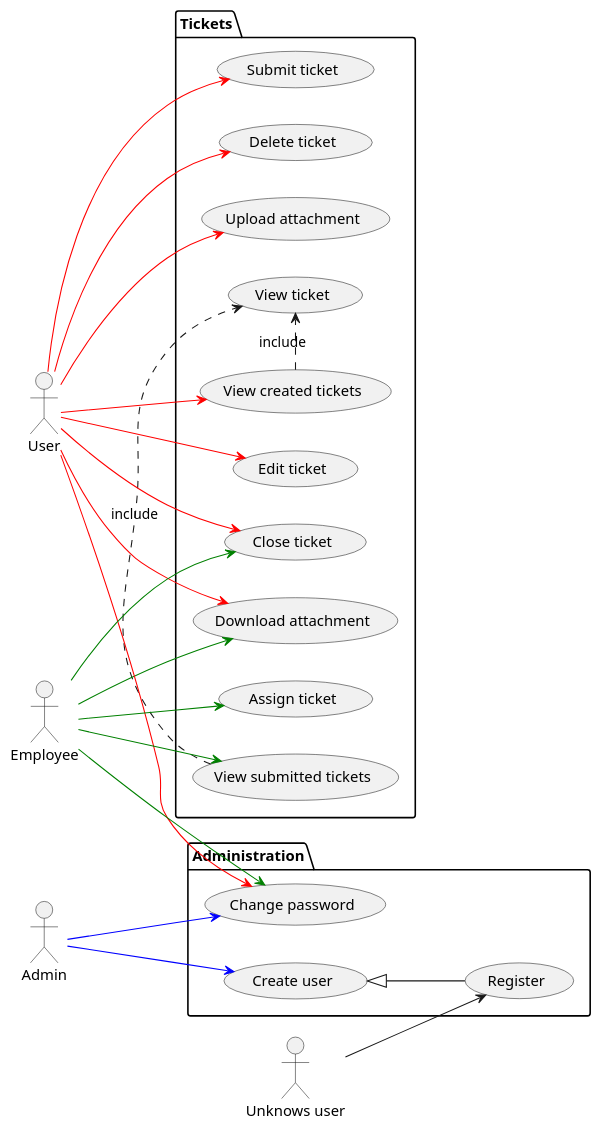
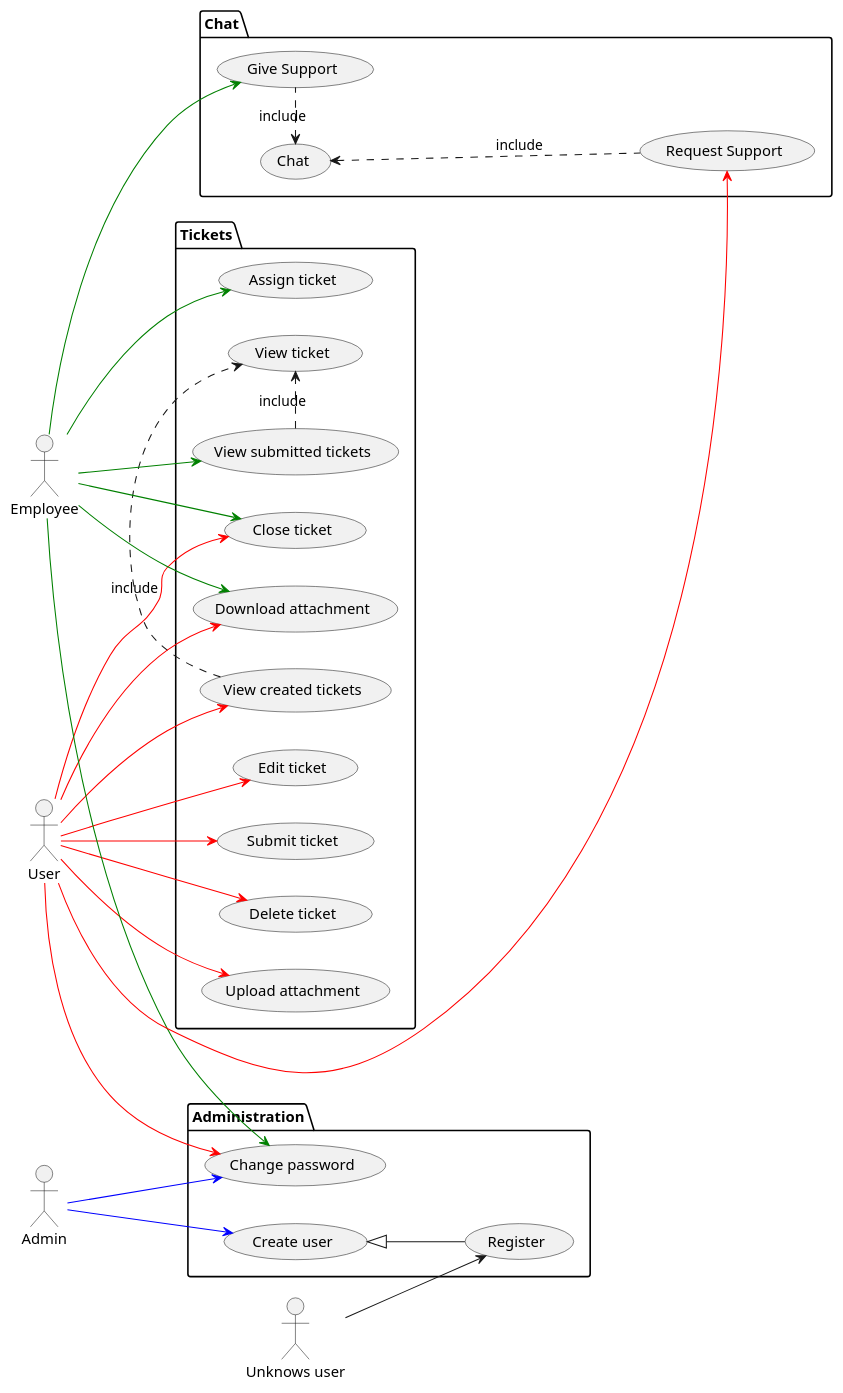
The diagram in docs/diagrams/sampleapp/use-case-diagram.puml (SoManyBisela/java-webserver), drawn with PlantUML before and after one commit. The commit also changed 4 other files, not shown here.

```diff
--- a/docs/diagrams/sampleapp/use-case-diagram.puml
+++ b/docs/diagrams/sampleapp/use-case-diagram.puml
@@ -1,57 +1,69 @@
 @startuml
 'https://plantuml.com/use-case-diagram
 
 :Admin: as ADM
 :Unknows user: as UUSR
 :User: as USR
 :Employee: as EMP
+
+package "Chat" {
+    (Chat) as (Cht)
+    (Request Support) as (RS)
+    (Give Support) as (GS)
+
+    (GS) .-left-> (Cht):include
+    (RS) .-up-> (Cht):include
+}
 
 package "Tickets" {
     (View created tickets) as (VCT)
     (Create ticket) as (CT)
     (Edit ticket) as (ET)
     (Submit ticket) as (ST)
     (Delete ticket) as (DT)
     (Upload attachment) as (UA)
 
     (Download attachment) as (DA)
 
     (View submitted tickets) as (VST)
     (Assign ticket) as (AT)
     (Close ticket) as (CT)
 
     (View ticket) as (VT)
 
     (VCT) .> (VT):include
     (VST) .> (VT):include
 }
 
 package "Administration" {
     (Register) as (REG)
     (Create user) as (UCRT)
     (Change password) as (CP)
     (UCRT) <|-- (REG)
 }
 
 left to right direction
 UUSR --> (REG)
 
 USR --> (VCT) #line:red
 USR --> (CT) #line:red
 USR --> (ET)#line:red
 USR --> (ST)#line:red
 USR --> (DT)#line:red
 USR --> (UA)#line:red
 
 USR --> (DA)#line:red
 EMP --> (DA)#line:green
 USR --> (CP)#line:red
 EMP --> (CP)#line:green
 
 EMP --> (VST)#line:green
 EMP --> (AT)#line:green
 EMP --> (CT)#line:green
 
 ADM --> (UCRT)#line:blue
 ADM --> (CP)#line:blue
+
+USR --> (RS)#line:red
+EMP --> (GS)#line:green
 @enduml
```
